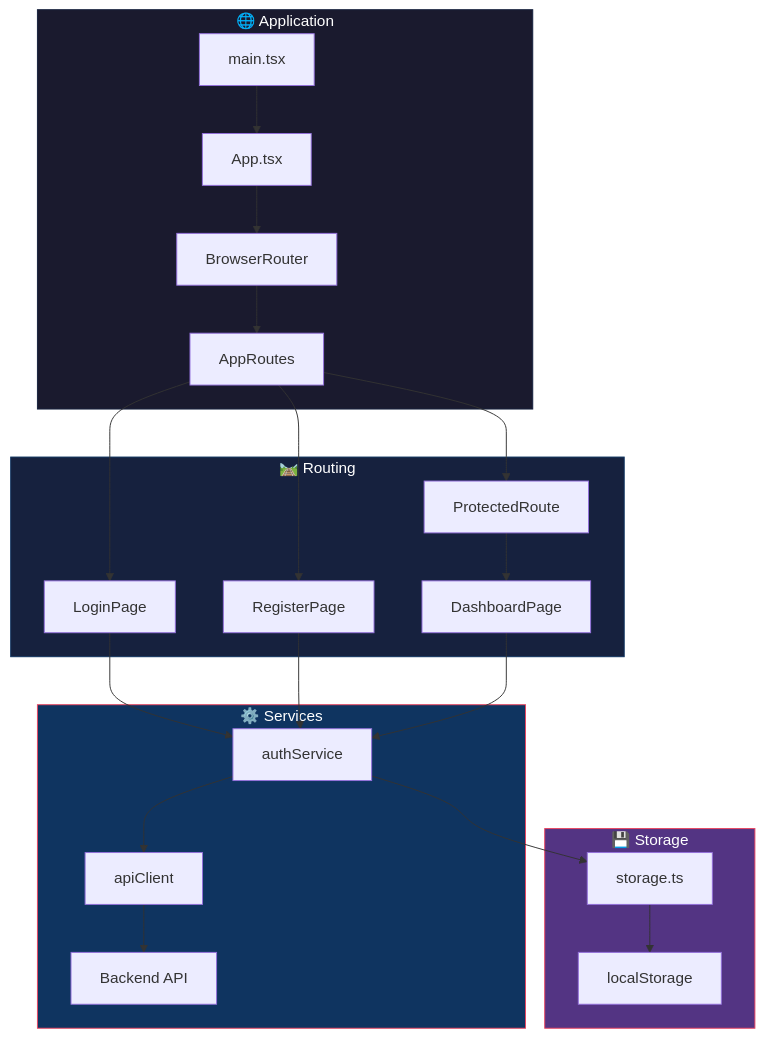
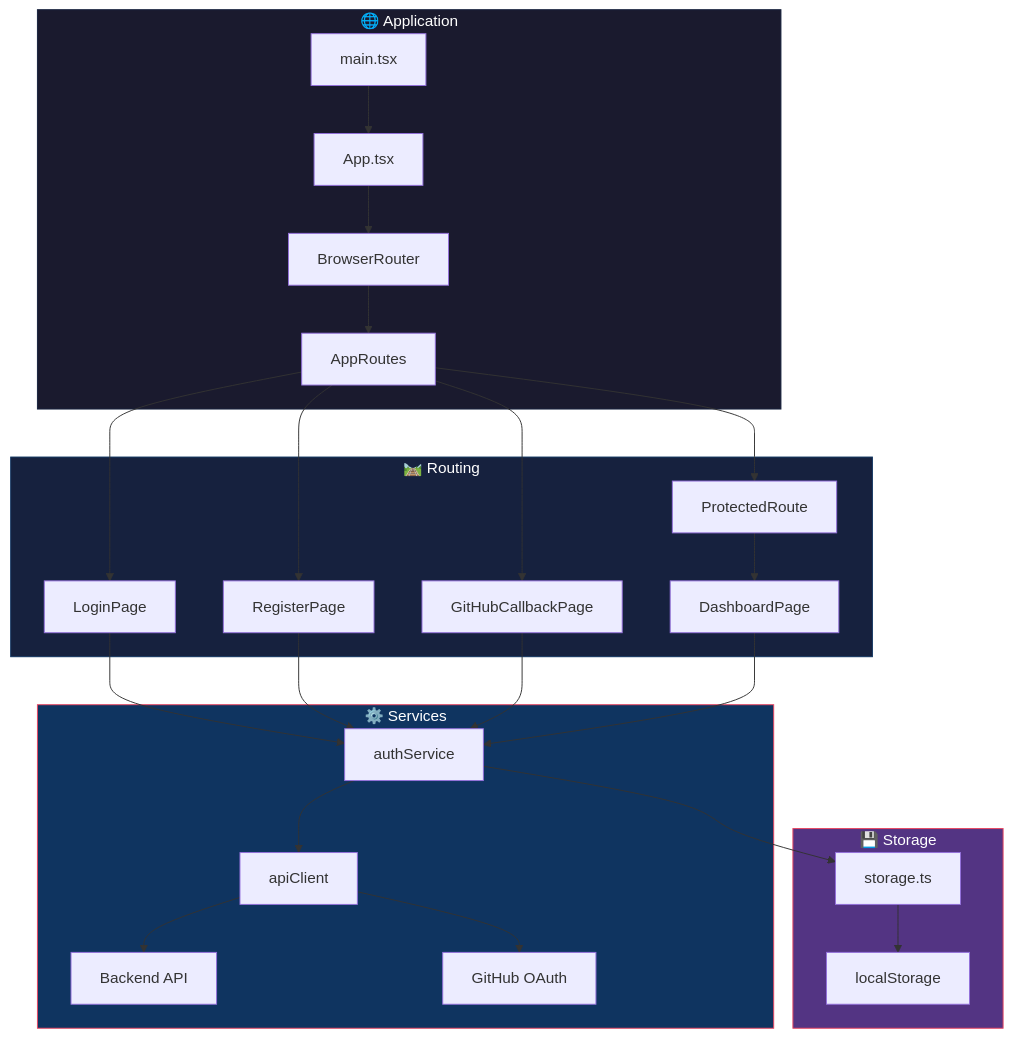
The first of 3 diagrams in frontend/README.md (RodrigoSanchezDev/password-agencia-viajes-oeste-frontend-react-vite-auth), drawn with Mermaid before and after one commit. The commit also changed other lines of this file and 23 other files, not shown here.

First line of the commit message:
feat: integración GitHub OAuth 2.0

````diff
--- a/frontend/README.md
+++ b/frontend/README.md
@@ -81,35 +82,38 @@
 ```mermaid
 graph TB
     subgraph App["🌐 Application"]
         A[main.tsx] --> B[App.tsx]
         B --> C[BrowserRouter]
         C --> D[AppRoutes]
     end
     
     subgraph Routes["🛤️ Routing"]
         D --> E[LoginPage]
         D --> F[RegisterPage]
+        D --> GHC[GitHubCallbackPage]
         D --> G[ProtectedRoute]
         G --> H[DashboardPage]
     end
     
     subgraph Services["⚙️ Services"]
         I[authService] --> J[apiClient]
         J --> K[Backend API]
+        J --> GH[GitHub OAuth]
     end
     
     subgraph Storage["💾 Storage"]
         L[localStorage]
         M[storage.ts]
     end
     
     E --> I
     F --> I
+    GHC --> I
     H --> I
     I --> M --> L
     
     style App fill:#1a1a2e,stroke:#16213e,color:#fff
     style Routes fill:#16213e,stroke:#0f3460,color:#fff
     style Services fill:#0f3460,stroke:#e94560,color:#fff
     style Storage fill:#533483,stroke:#e94560,color:#fff
 ```
````
